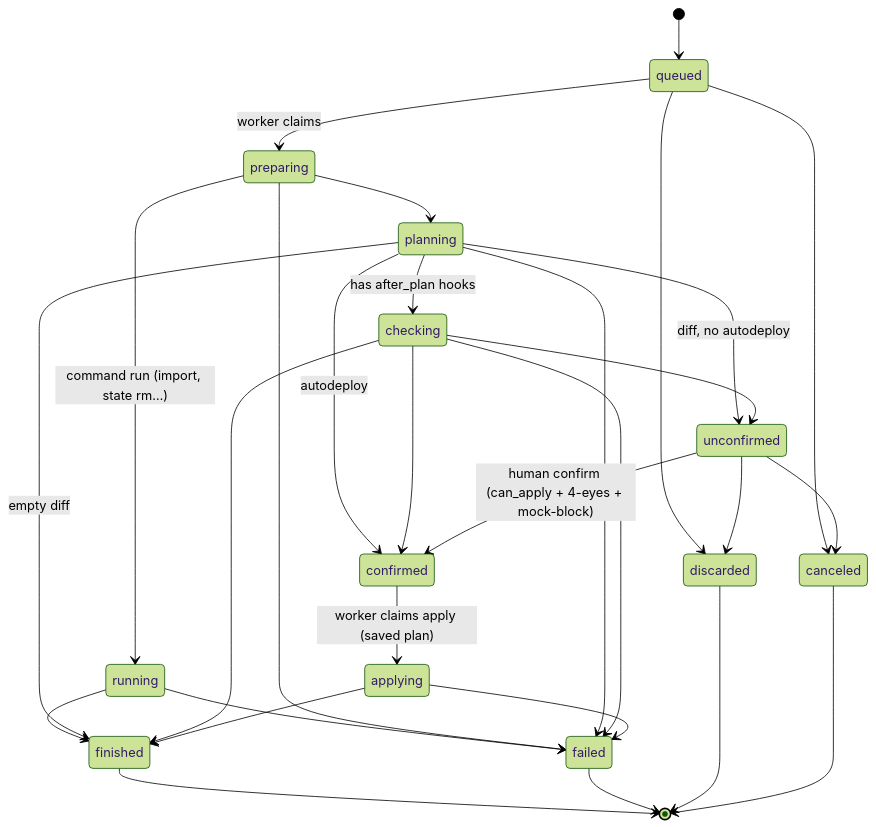
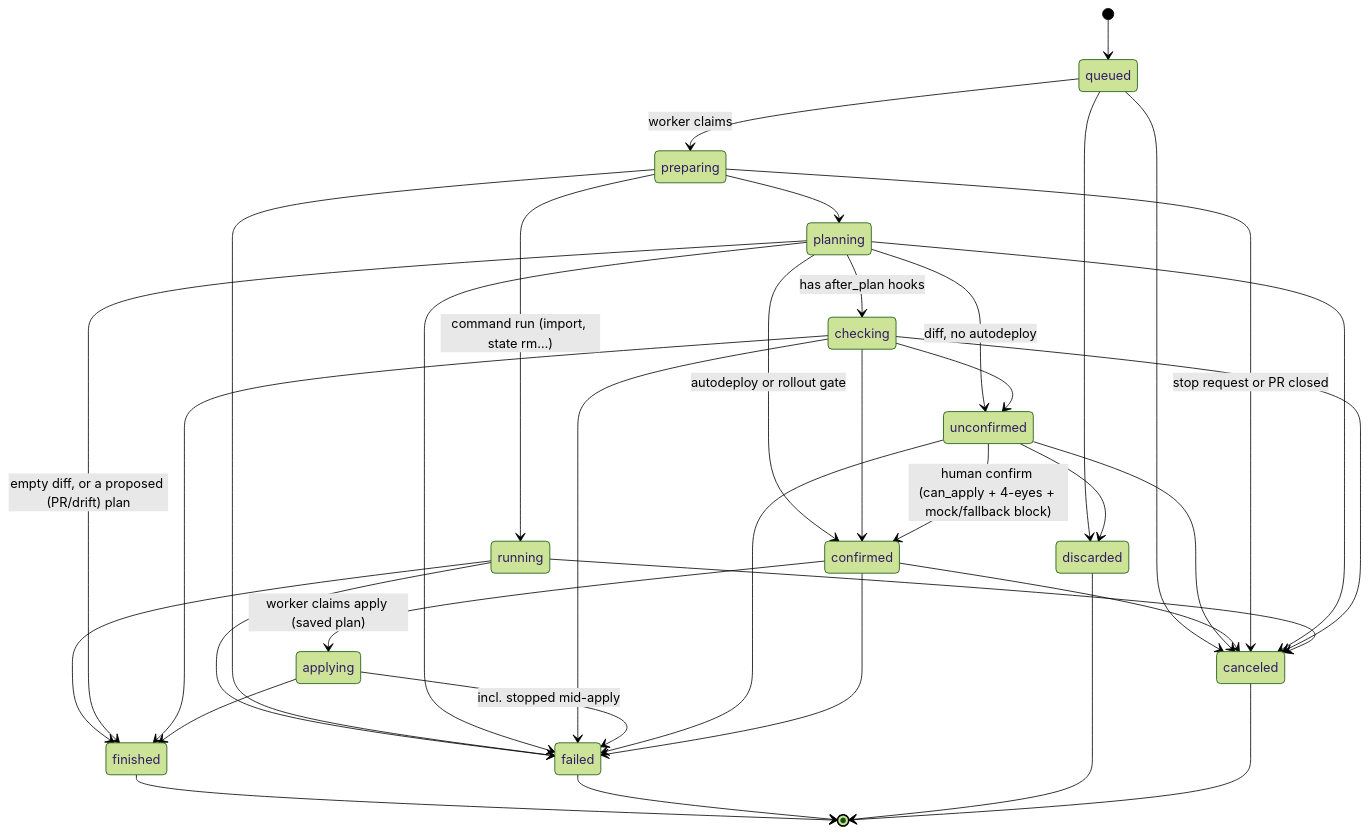
One commit to fmiquel90/stackd changed the second of 6 diagrams in docs/ARCHITECTURE.md. Above: the diagram before and after it, drawn with Mermaid (forest theme). The commit also changed other lines of this file and 13 other files, not shown here.

````diff
--- a/docs/ARCHITECTURE.md
+++ b/docs/ARCHITECTURE.md
@@ -47,31 +56,38 @@
 ```mermaid
 stateDiagram-v2
     [*] --> queued
     queued --> preparing: worker claims
     queued --> canceled
     queued --> discarded
     preparing --> planning
     preparing --> running: command run (import, state rm…)
     running --> finished
     running --> failed
     preparing --> failed
     planning --> checking: has after_plan hooks
     planning --> unconfirmed: diff, no autodeploy
-    planning --> confirmed: autodeploy
-    planning --> finished: empty diff
+    planning --> confirmed: autodeploy or rollout gate
+    planning --> finished: empty diff, or a proposed (PR/drift) plan
     checking --> unconfirmed
     checking --> confirmed
     checking --> finished
-    unconfirmed --> confirmed: human confirm (can_apply + 4-eyes + mock-block)
+    unconfirmed --> confirmed: human confirm (can_apply + 4-eyes + mock/fallback block)
     unconfirmed --> discarded
     unconfirmed --> canceled
     confirmed --> applying: worker claims apply (saved plan)
+    confirmed --> canceled
     applying --> finished
     planning --> failed
     checking --> failed
-    applying --> failed
+    applying --> failed: incl. stopped mid-apply
+    unconfirmed --> failed
+    confirmed --> failed
+    preparing --> canceled: stop request or PR closed
+    planning --> canceled
+    checking --> canceled
+    running --> canceled
     finished --> [*]
     failed --> [*]
     discarded --> [*]
     canceled --> [*]
 ```
````
